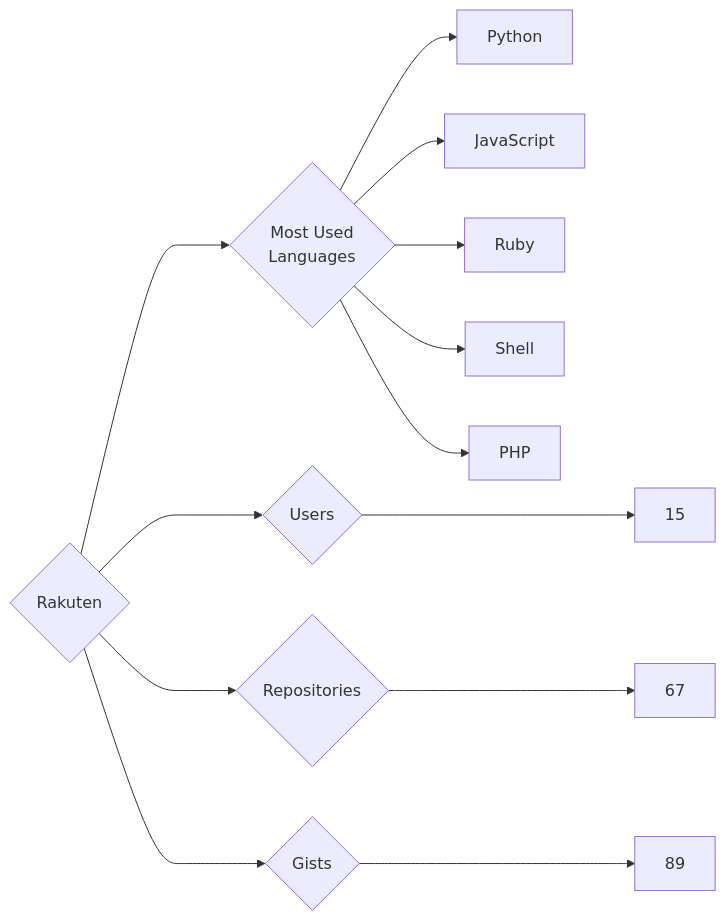
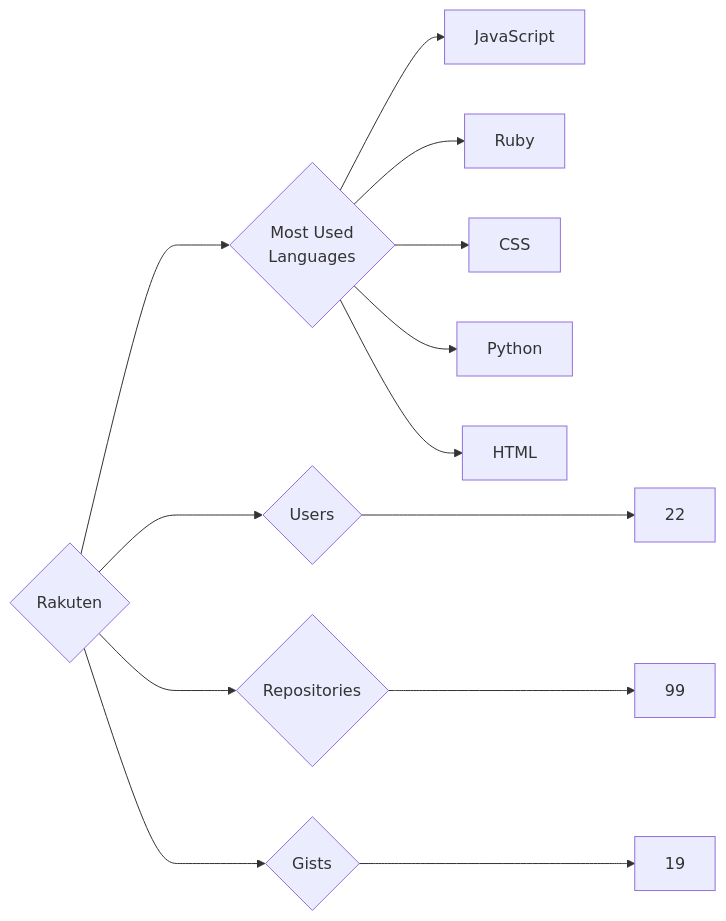
One commit to trickest/insiders changed the diagram in targets/Rakuten/README.md. Above: the diagram before and after it, drawn with Mermaid. The commit also changed 878 other files, not shown here.

````diff
--- a/targets/Rakuten/README.md
+++ b/targets/Rakuten/README.md
@@ -3,13 +3,13 @@
 ```mermaid
 graph LR
 COMPANY_NAME{Rakuten}
-COMPANY_NAME ---> U{Users} ---> UN[15]
-COMPANY_NAME ---> R{Repositories} ---> RN[67]
-COMPANY_NAME ---> G{Gists} ---> GN[89]
+COMPANY_NAME ---> U{Users} ---> UN[22]
+COMPANY_NAME ---> R{Repositories} ---> RN[99]
+COMPANY_NAME ---> G{Gists} ---> GN[19]
 COMPANY_NAME ---> ML{Most Used<br>Languages}
-ML --> Python[Python]
 ML --> JavaScript[JavaScript]
 ML --> Ruby[Ruby]
-ML --> Shell[Shell]
-ML --> PHP[PHP]
+ML --> CSS[CSS]
+ML --> Python[Python]
+ML --> HTML[HTML]
 ```
````
